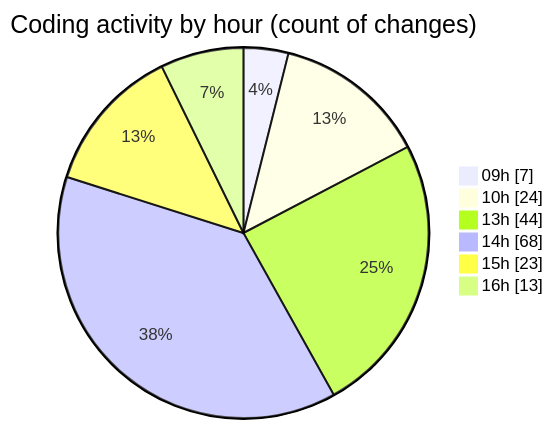
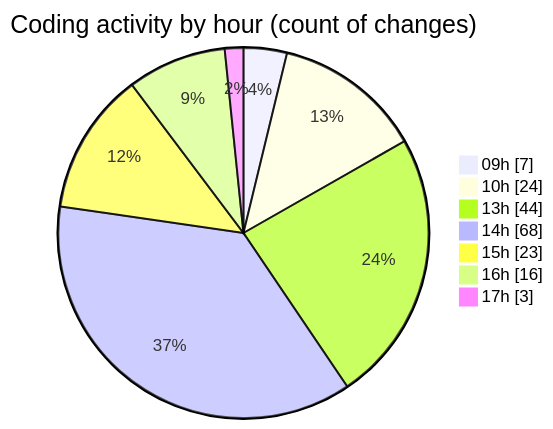
One commit to momahboobian/code-tracking changed the second of 2 diagrams in 2025-04-10/cda/README.md. Above: the diagram before and after it, drawn with Mermaid. The commit also changed other lines of this file and 1 other file, not shown here.

````diff
--- a/2025-04-10/cda/README.md
+++ b/2025-04-10/cda/README.md
@@ -35,10 +35,11 @@
 ```mermaid
 pie showData
 title Coding activity by hour (count of changes)
 "09h" : 7
 "10h" : 24
 "13h" : 44
 "14h" : 68
 "15h" : 23
-"16h" : 13
+"16h" : 16
+"17h" : 3
 ```
````
